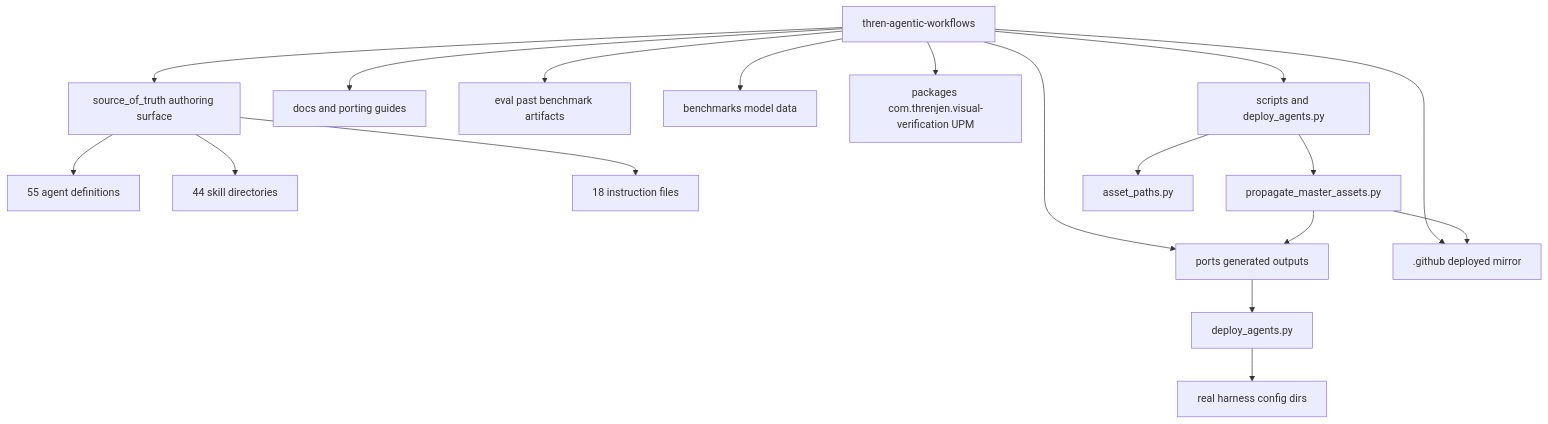
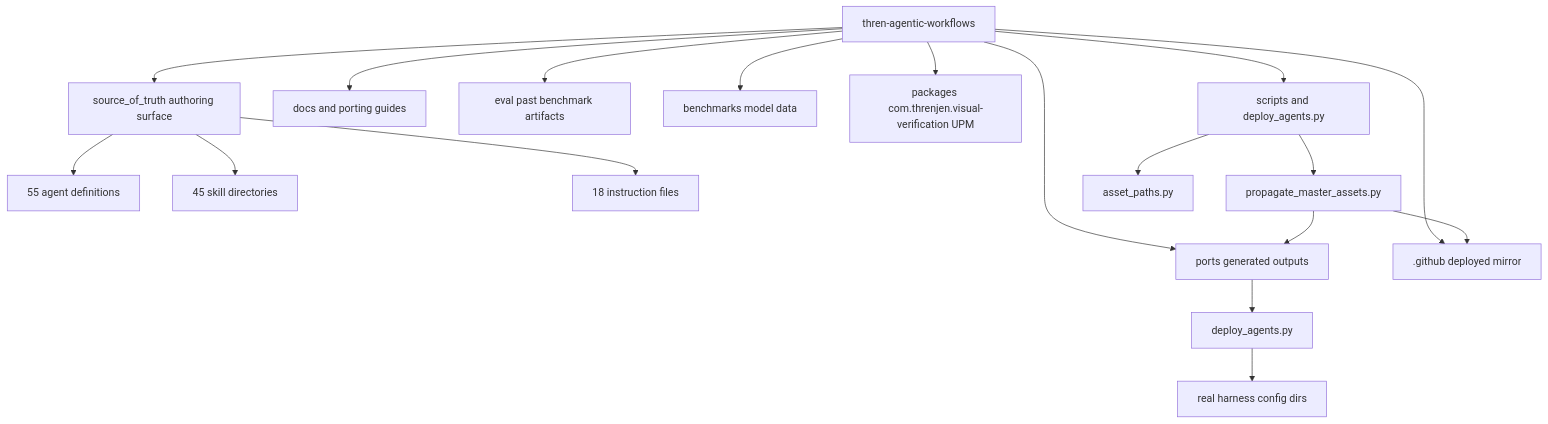
One commit to threnjen/thren-agentic-workflows changed the first of 4 diagrams in docs/ARCHITECTURE.md. Above: the diagram before and after it, drawn with Mermaid. The commit also changed other lines of this file and 50 other files, not shown here.

````diff
--- a/docs/ARCHITECTURE.md
+++ b/docs/ARCHITECTURE.md
@@ -22,24 +22,24 @@
 ```mermaid
 flowchart TD
     Root[thren-agentic-workflows]
 
     Root --> SOT[source_of_truth authoring surface]
     Root --> Ports[ports generated outputs]
     Root --> DotGithub[.github deployed mirror]
     Root --> Docs[docs and porting guides]
     Root --> Eval[eval past benchmark artifacts]
     Root --> Bench[benchmarks model data]
     Root --> Pkg[packages com.threnjen.visual-verification UPM]
     Root --> Scripts[scripts and deploy_agents.py]
 
     SOT --> Agents[55 agent definitions]
-    SOT --> Skills[44 skill directories]
+    SOT --> Skills[45 skill directories]
     SOT --> Instructions[18 instruction files]
 
     Scripts --> Propagate[propagate_master_assets.py]
     Scripts --> Shared[asset_paths.py]
     Propagate --> Ports
     Propagate --> DotGithub
     Deploy[deploy_agents.py] --> RealDirs[real harness config dirs]
     Ports --> Deploy
 ```
````
